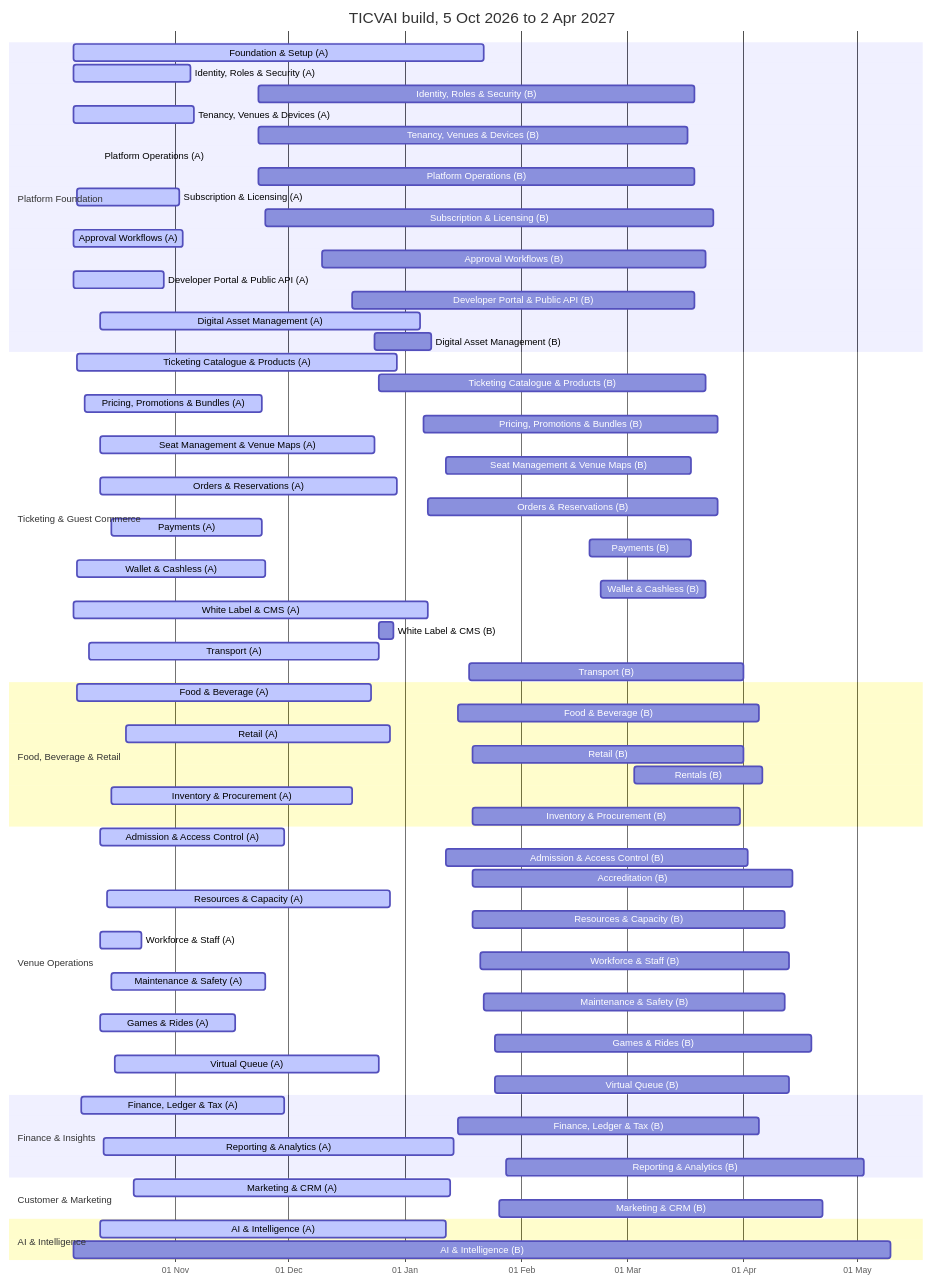
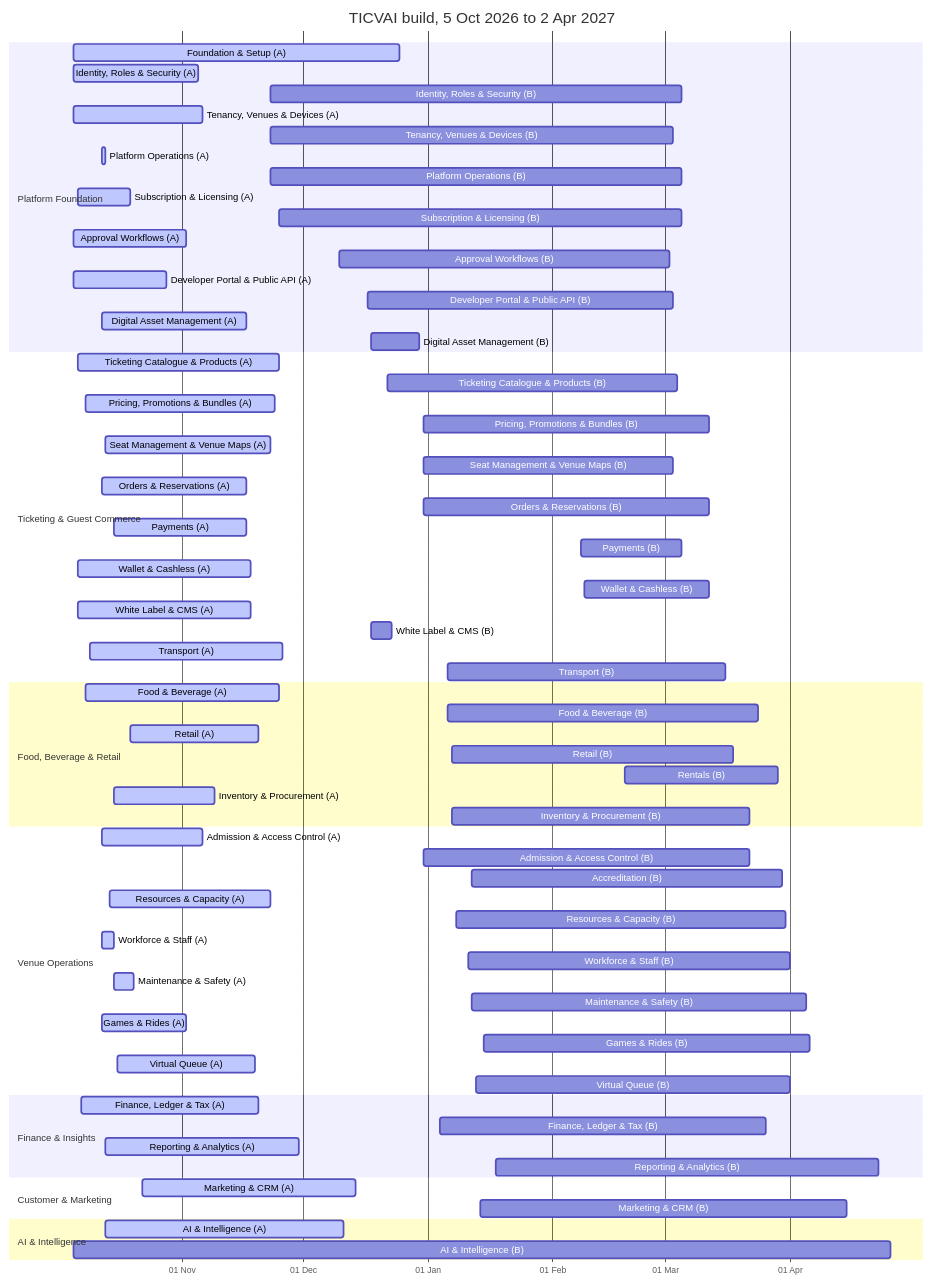
One commit to Diretide298/Solution_Architecture changed the diagram in ticvai/repos/ticvai-infra/project-bible/docs/active/build-plan-presentation.md. Above: the diagram before and after it, drawn with Mermaid. The commit also changed other lines of this file and 83 other files, not shown here.

````diff
--- a/ticvai/repos/ticvai-infra/project-bible/docs/active/build-plan-presentation.md
+++ b/ticvai/repos/ticvai-infra/project-bible/docs/active/build-plan-presentation.md
@@ -48,72 +48,72 @@
 ```mermaid
 gantt
   dateFormat YYYY-MM-DD
   axisFormat %d %b
   title TICVAI build, 5 Oct 2026 to 2 Apr 2027
   section Platform Foundation
-  Foundation & Setup (A) :active, 2026-10-05, 2027-01-22
+  Foundation & Setup (A) :active, 2026-10-05, 2026-12-25
   Identity, Roles & Security (A) :active, 2026-10-05, 2026-11-05
-  Identity, Roles & Security (B) :2026-11-23, 2027-03-19
+  Identity, Roles & Security (B) :2026-11-23, 2027-03-05
   Tenancy, Venues & Devices (A) :active, 2026-10-05, 2026-11-06
-  Tenancy, Venues & Devices (B) :2026-11-23, 2027-03-17
-  Platform Operations (A) :active, 2026-10-12, 2026-10-12
-  Platform Operations (B) :2026-11-23, 2027-03-19
-  Subscription & Licensing (A) :active, 2026-10-06, 2026-11-02
-  Subscription & Licensing (B) :2026-11-25, 2027-03-24
-  Approval Workflows (A) :active, 2026-10-05, 2026-11-03
-  Approval Workflows (B) :2026-12-10, 2027-03-22
-  Developer Portal & Public API (A) :active, 2026-10-05, 2026-10-29
-  Developer Portal & Public API (B) :2026-12-18, 2027-03-19
-  Digital Asset Management (A) :active, 2026-10-12, 2027-01-05
-  Digital Asset Management (B) :2026-12-24, 2027-01-08
+  Tenancy, Venues & Devices (B) :2026-11-23, 2027-03-03
+  Platform Operations (A) :active, 2026-10-12, 2026-10-13
+  Platform Operations (B) :2026-11-23, 2027-03-05
+  Subscription & Licensing (A) :active, 2026-10-06, 2026-10-19
+  Subscription & Licensing (B) :2026-11-25, 2027-03-05
+  Approval Workflows (A) :active, 2026-10-05, 2026-11-02
+  Approval Workflows (B) :2026-12-10, 2027-03-02
+  Developer Portal & Public API (A) :active, 2026-10-05, 2026-10-28
+  Developer Portal & Public API (B) :2026-12-17, 2027-03-03
+  Digital Asset Management (A) :active, 2026-10-12, 2026-11-17
+  Digital Asset Management (B) :2026-12-18, 2026-12-30
   section Ticketing & Guest Commerce
-  Ticketing Catalogue & Products (A) :active, 2026-10-06, 2026-12-30
-  Ticketing Catalogue & Products (B) :2026-12-25, 2027-03-22
+  Ticketing Catalogue & Products (A) :active, 2026-10-06, 2026-11-25
+  Ticketing Catalogue & Products (B) :2026-12-22, 2027-03-04
   Pricing, Promotions & Bundles (A) :active, 2026-10-08, 2026-11-24
-  Pricing, Promotions & Bundles (B) :2027-01-06, 2027-03-25
-  Seat Management & Venue Maps (A) :active, 2026-10-12, 2026-12-24
-  Seat Management & Venue Maps (B) :2027-01-12, 2027-03-18
-  Orders & Reservations (A) :active, 2026-10-12, 2026-12-30
-  Orders & Reservations (B) :2027-01-07, 2027-03-25
-  Payments (A) :active, 2026-10-15, 2026-11-24
-  Payments (B) :2027-02-19, 2027-03-18
-  Wallet & Cashless (A) :active, 2026-10-06, 2026-11-25
-  Wallet & Cashless (B) :2027-02-22, 2027-03-22
-  White Label & CMS (A) :active, 2026-10-05, 2027-01-07
-  White Label & CMS (B) :2026-12-25, 2026-12-29
-  Transport (A) :active, 2026-10-09, 2026-12-25
-  Transport (B) :2027-01-18, 2027-04-01
+  Pricing, Promotions & Bundles (B) :2026-12-31, 2027-03-12
+  Seat Management & Venue Maps (A) :active, 2026-10-13, 2026-11-23
+  Seat Management & Venue Maps (B) :2026-12-31, 2027-03-03
+  Orders & Reservations (A) :active, 2026-10-12, 2026-11-17
+  Orders & Reservations (B) :2026-12-31, 2027-03-12
+  Payments (A) :active, 2026-10-15, 2026-11-17
+  Payments (B) :2027-02-08, 2027-03-05
+  Wallet & Cashless (A) :active, 2026-10-06, 2026-11-18
+  Wallet & Cashless (B) :2027-02-09, 2027-03-12
+  White Label & CMS (A) :active, 2026-10-06, 2026-11-18
+  White Label & CMS (B) :2026-12-18, 2026-12-23
+  Transport (A) :active, 2026-10-09, 2026-11-26
+  Transport (B) :2027-01-06, 2027-03-16
   section Food, Beverage & Retail
-  Food & Beverage (A) :active, 2026-10-06, 2026-12-23
-  Food & Beverage (B) :2027-01-15, 2027-04-05
-  Retail (A) :active, 2026-10-19, 2026-12-28
-  Retail (B) :2027-01-19, 2027-04-01
-  Rentals (B) :2027-03-03, 2027-04-06
-  Inventory & Procurement (A) :active, 2026-10-15, 2026-12-18
-  Inventory & Procurement (B) :2027-01-19, 2027-03-31
+  Food & Beverage (A) :active, 2026-10-08, 2026-11-25
+  Food & Beverage (B) :2027-01-06, 2027-03-24
+  Retail (A) :active, 2026-10-19, 2026-11-20
+  Retail (B) :2027-01-07, 2027-03-18
+  Rentals (B) :2027-02-19, 2027-03-29
+  Inventory & Procurement (A) :active, 2026-10-15, 2026-11-09
+  Inventory & Procurement (B) :2027-01-07, 2027-03-22
   section Venue Operations
-  Admission & Access Control (A) :active, 2026-10-12, 2026-11-30
-  Admission & Access Control (B) :2027-01-12, 2027-04-02
-  Accreditation (B) :2027-01-19, 2027-04-14
-  Resources & Capacity (A) :active, 2026-10-14, 2026-12-28
-  Resources & Capacity (B) :2027-01-19, 2027-04-12
-  Workforce & Staff (A) :active, 2026-10-12, 2026-10-23
-  Workforce & Staff (B) :2027-01-21, 2027-04-13
-  Maintenance & Safety (A) :active, 2026-10-15, 2026-11-25
-  Maintenance & Safety (B) :2027-01-22, 2027-04-12
-  Games & Rides (A) :active, 2026-10-12, 2026-11-17
-  Games & Rides (B) :2027-01-25, 2027-04-19
-  Virtual Queue (A) :active, 2026-10-16, 2026-12-25
-  Virtual Queue (B) :2027-01-25, 2027-04-13
+  Admission & Access Control (A) :active, 2026-10-12, 2026-11-06
+  Admission & Access Control (B) :2026-12-31, 2027-03-22
+  Accreditation (B) :2027-01-12, 2027-03-30
+  Resources & Capacity (A) :active, 2026-10-14, 2026-11-23
+  Resources & Capacity (B) :2027-01-08, 2027-03-31
+  Workforce & Staff (A) :active, 2026-10-12, 2026-10-15
+  Workforce & Staff (B) :2027-01-11, 2027-04-01
+  Maintenance & Safety (A) :active, 2026-10-15, 2026-10-20
+  Maintenance & Safety (B) :2027-01-12, 2027-04-05
+  Games & Rides (A) :active, 2026-10-12, 2026-11-02
+  Games & Rides (B) :2027-01-15, 2027-04-06
+  Virtual Queue (A) :active, 2026-10-16, 2026-11-19
+  Virtual Queue (B) :2027-01-13, 2027-04-01
   section Finance & Insights
-  Finance, Ledger & Tax (A) :active, 2026-10-07, 2026-11-30
-  Finance, Ledger & Tax (B) :2027-01-15, 2027-04-05
-  Reporting & Analytics (A) :active, 2026-10-13, 2027-01-14
-  Reporting & Analytics (B) :2027-01-28, 2027-05-03
+  Finance, Ledger & Tax (A) :active, 2026-10-07, 2026-11-20
+  Finance, Ledger & Tax (B) :2027-01-04, 2027-03-26
+  Reporting & Analytics (A) :active, 2026-10-13, 2026-11-30
+  Reporting & Analytics (B) :2027-01-18, 2027-04-23
   section Customer & Marketing
-  Marketing & CRM (A) :active, 2026-10-21, 2027-01-13
-  Marketing & CRM (B) :2027-01-26, 2027-04-22
+  Marketing & CRM (A) :active, 2026-10-22, 2026-12-14
+  Marketing & CRM (B) :2027-01-14, 2027-04-15
   section AI & Intelligence
-  AI & Intelligence (A) :active, 2026-10-12, 2027-01-12
-  AI & Intelligence (B) :2026-10-05, 2027-05-10
+  AI & Intelligence (A) :active, 2026-10-13, 2026-12-11
+  AI & Intelligence (B) :2026-10-05, 2027-04-26
 ```
````
